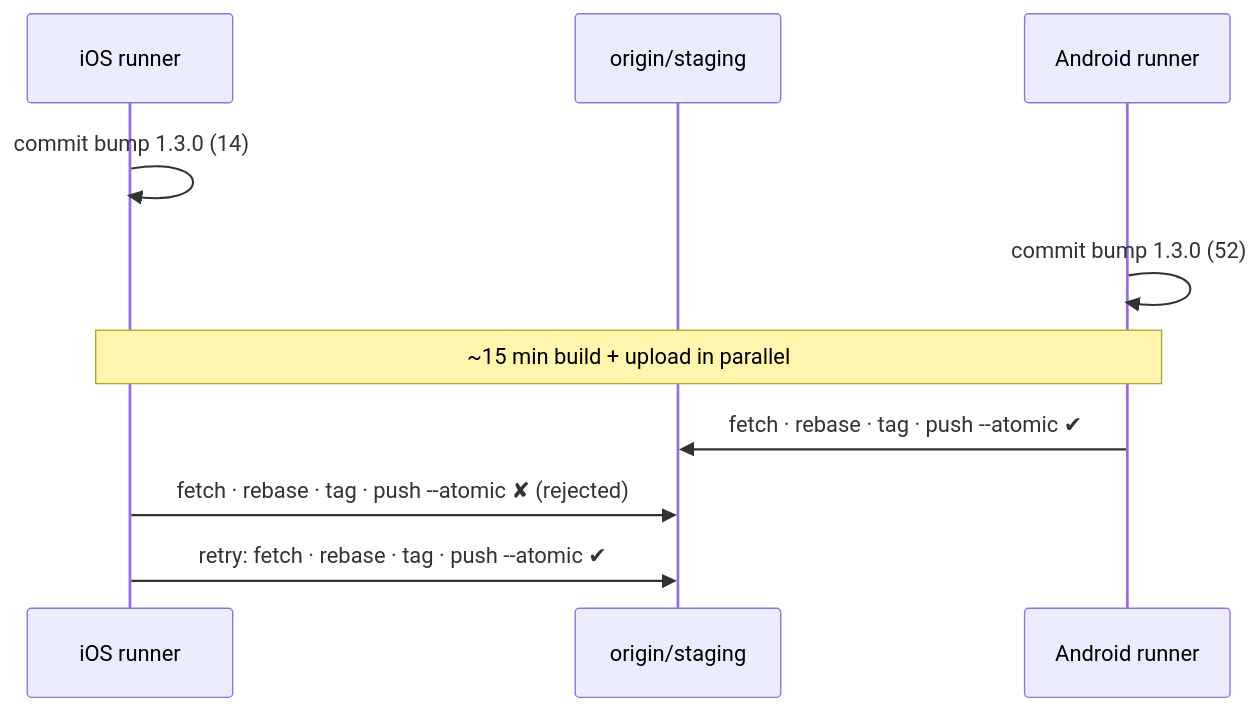
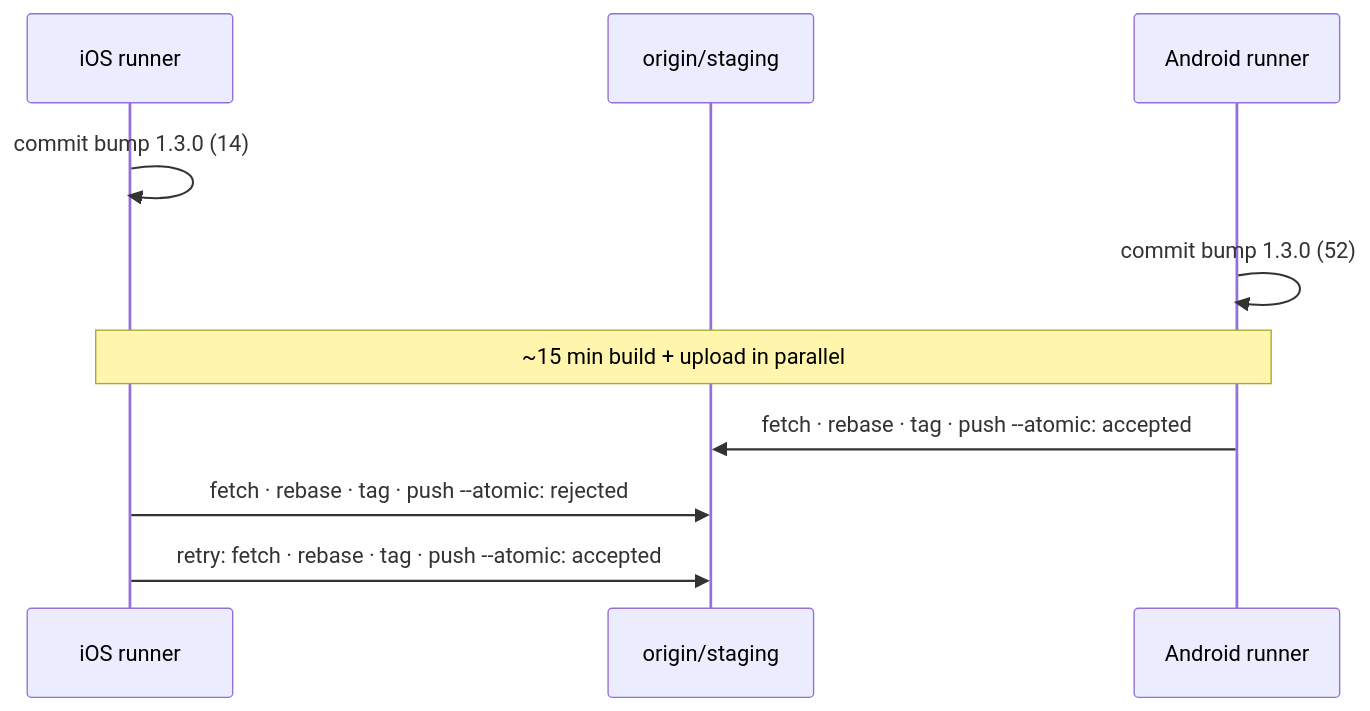
Before and after one commit to 27AppStudio/rn-ship: the fourth of 5 diagrams in README.md, drawn with Mermaid. The commit also changed other lines of this file, not shown here.

````diff
--- a/README.md
+++ b/README.md
@@ -163,12 +163,12 @@
 ```mermaid
 sequenceDiagram
   participant iOS as iOS runner
   participant O as origin/staging
   participant Droid as Android runner
   iOS->>iOS: commit bump 1.3.0 (14)
   Droid->>Droid: commit bump 1.3.0 (52)
   Note over iOS,Droid: ~15 min build + upload in parallel
-  Droid->>O: fetch · rebase · tag · push --atomic ✔
-  iOS->>O: fetch · rebase · tag · push --atomic ✘ (rejected)
-  iOS->>O: retry: fetch · rebase · tag · push --atomic ✔
+  Droid->>O: fetch · rebase · tag · push --atomic: accepted
+  iOS->>O: fetch · rebase · tag · push --atomic: rejected
+  iOS->>O: retry: fetch · rebase · tag · push --atomic: accepted
 ```
````
